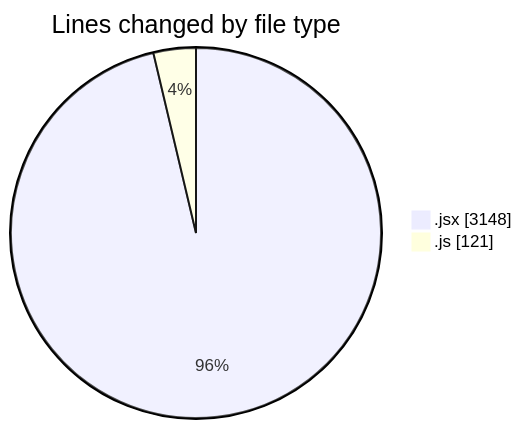
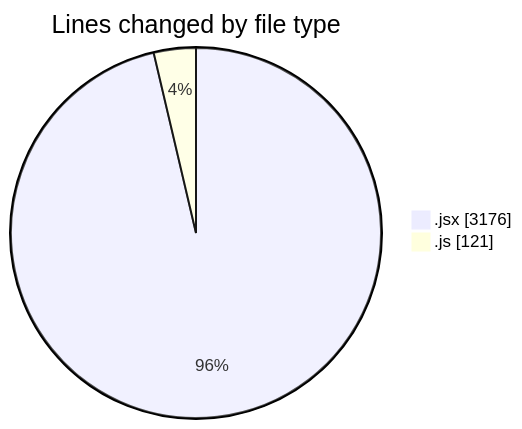
The first of 2 diagrams in 2025-08-01/nxtqube_webapp/README.md (nxtqubesakshisongat/code-tracking), drawn with Mermaid before and after one commit. The commit also changed other lines of this file and 1 other file, not shown here.

````diff
--- a/2025-08-01/nxtqube_webapp/README.md
+++ b/2025-08-01/nxtqube_webapp/README.md
@@ -30,6 +30,6 @@
 ```mermaid
 pie showData
 title Lines changed by file type
-".jsx" : 3148
+".jsx" : 3176
 ".js" : 121
 ```
````
